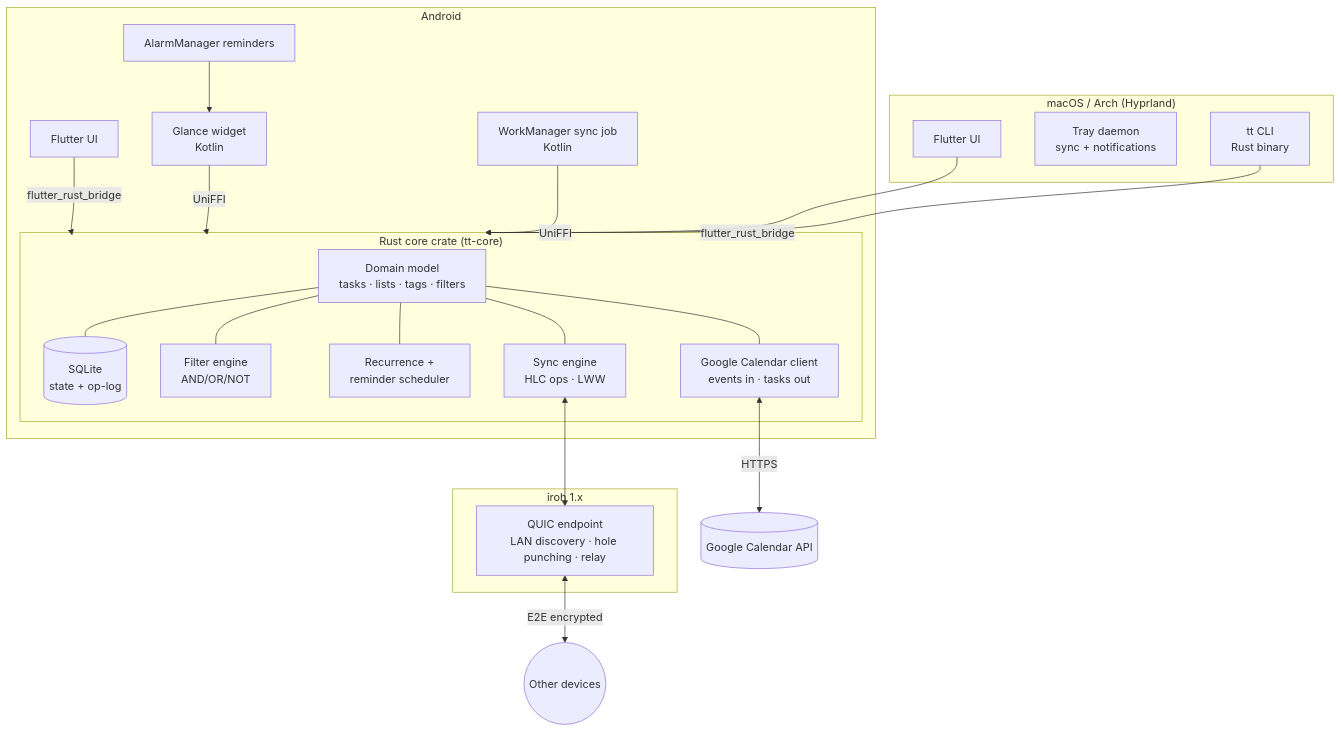
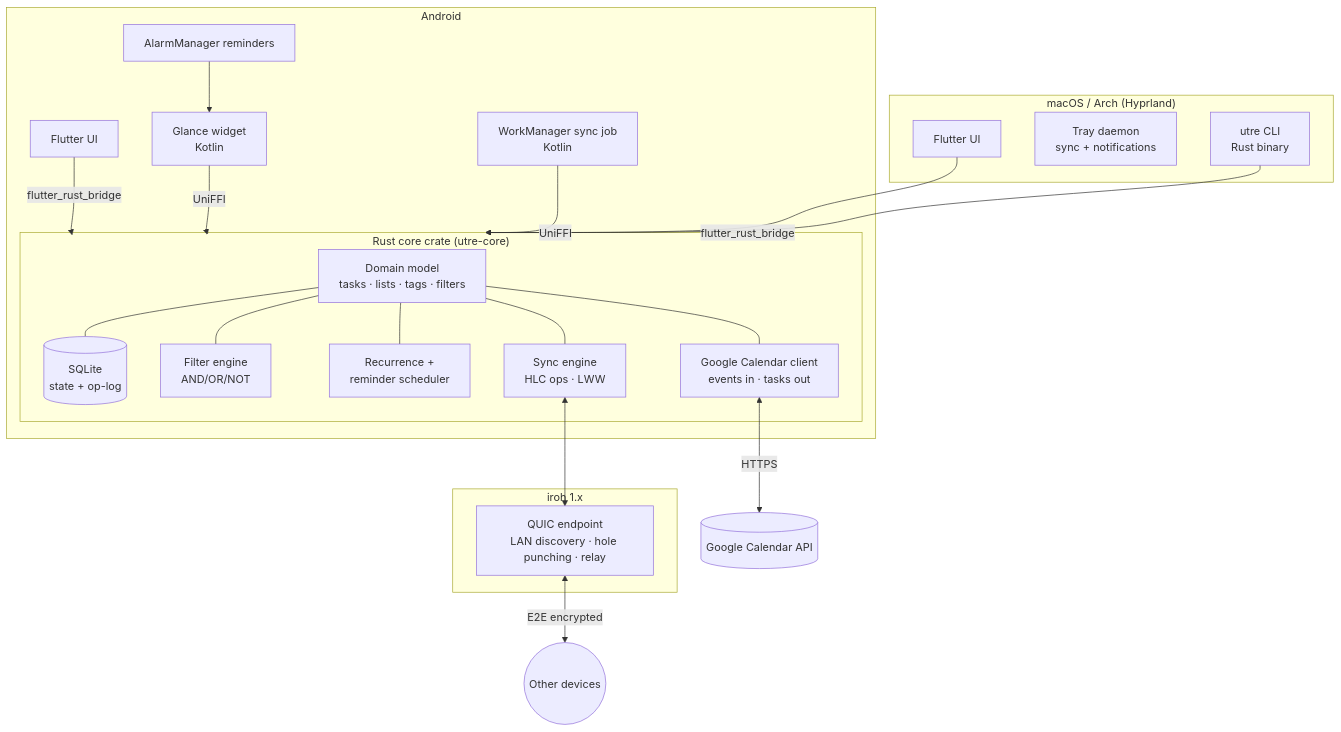
One commit to Belkata/tick-tick-alternative changed the diagram in plan/03 Architecture.md. Above: the diagram before and after it, drawn with Mermaid. The commit also changed other lines of this file and 13 other files, not shown here.

````diff
--- a/plan/03 Architecture.md
+++ b/plan/03 Architecture.md
@@ -11,34 +11,34 @@
 ```mermaid
 flowchart TB
-  subgraph Core["Rust core crate (tt-core)"]
+  subgraph Core["Rust core crate (utre-core)"]
     M[Domain model<br/>tasks · lists · tags · filters]
     DB[(SQLite<br/>state + op-log)]
     F[Filter engine<br/>AND/OR/NOT]
     R[Recurrence +<br/>reminder scheduler]
     S[Sync engine<br/>HLC ops · LWW]
     G[Google Calendar client<br/>events in · tasks out]
     M --- DB
     M --- F
     M --- R
     M --- S
     M --- G
   end
   subgraph Net["iroh 1.x"]
     P[QUIC endpoint<br/>LAN discovery · hole punching · relay]
   end
   S <--> P
   P <-->|E2E encrypted| Peers((Other devices))
   G <-->|HTTPS| GCal[(Google Calendar API)]
 
   subgraph Android
     AF[Flutter UI] -->|flutter_rust_bridge| Core
     W[Glance widget<br/>Kotlin] -->|UniFFI| Core
     WM[WorkManager sync job<br/>Kotlin] -->|UniFFI| Core
     AL[AlarmManager reminders] --> W
   end
   subgraph Desktop["macOS / Arch (Hyprland)"]
     DF[Flutter UI] -->|flutter_rust_bridge| Core
     T[Tray daemon<br/>sync + notifications]
-    CLI[tt CLI<br/>Rust binary] --> Core
+    CLI[utre CLI<br/>Rust binary] --> Core
   end
 ```
````
